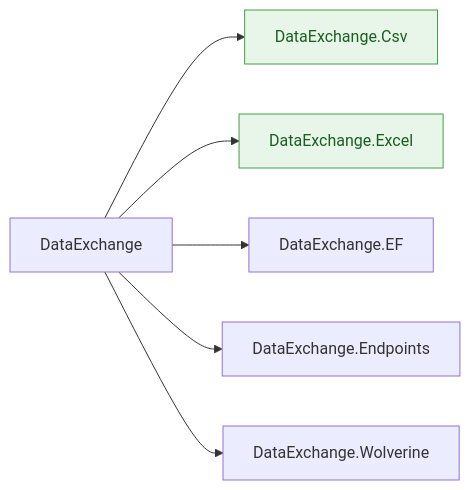
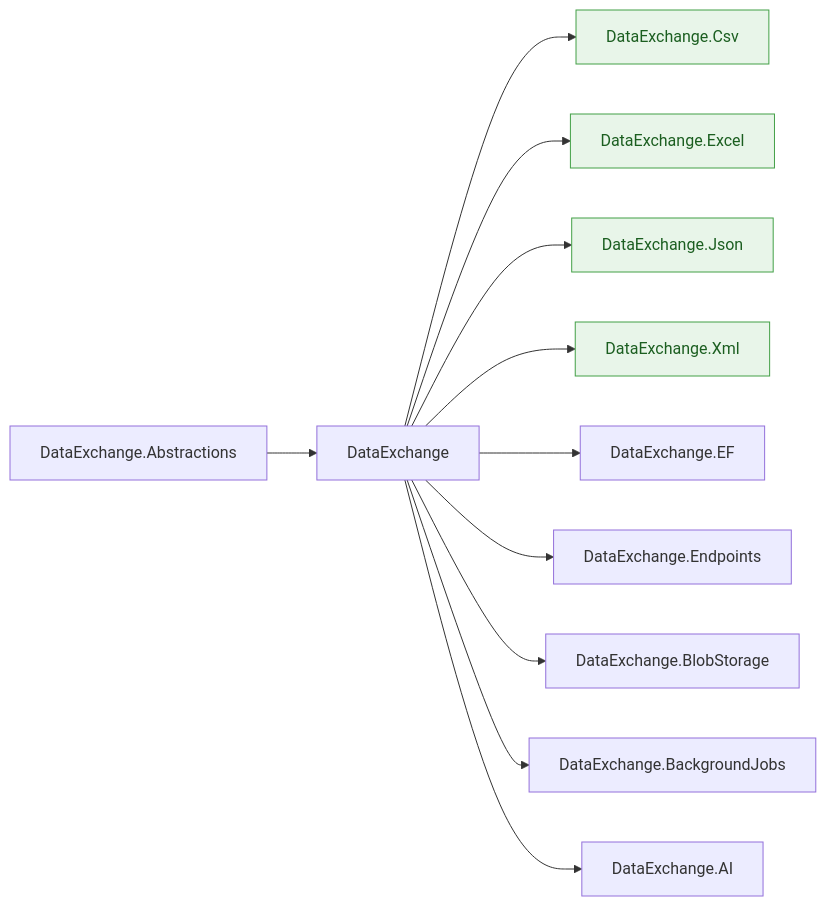
Before and after one commit to granit-fx/granit-docs: the fifth of 6 diagrams in src/content/docs/dotnet/architecture/dependency-graph.md, drawn with Mermaid. The commit also changed other lines of this file and 3 other files, not shown here.

First line of the commit message:
docs(dotnet): fix remaining stale DataExchange references across guides & reference

````diff
--- a/src/content/docs/dotnet/architecture/dependency-graph.md
+++ b/src/content/docs/dotnet/architecture/dependency-graph.md
@@ -561,11 +566,18 @@
 ```mermaid
 flowchart LR
-    DX["DataExchange"] --> DX_CSV["DataExchange.Csv"]
+    DXA["DataExchange.Abstractions"] --> DX["DataExchange"]
+    DX --> DX_CSV["DataExchange.Csv"]
     DX --> DX_EXCEL["DataExchange.Excel"]
+    DX --> DX_JSON["DataExchange.Json"]
+    DX --> DX_XML["DataExchange.Xml"]
     DX --> DX_EF["DataExchange.EF"]
     DX --> DX_EP["DataExchange.Endpoints"]
-    DX --> DX_WOL["DataExchange.Wolverine"]
+    DX --> DX_BLOB["DataExchange.BlobStorage"]
+    DX --> DX_BGJ["DataExchange.BackgroundJobs"]
+    DX --> DX_AI["DataExchange.AI"]
 
     style DX_CSV fill:#e8f5e9,stroke:#43a047,color:#1b5e20
     style DX_EXCEL fill:#e8f5e9,stroke:#43a047,color:#1b5e20
+    style DX_JSON fill:#e8f5e9,stroke:#43a047,color:#1b5e20
+    style DX_XML fill:#e8f5e9,stroke:#43a047,color:#1b5e20
 ```
````
